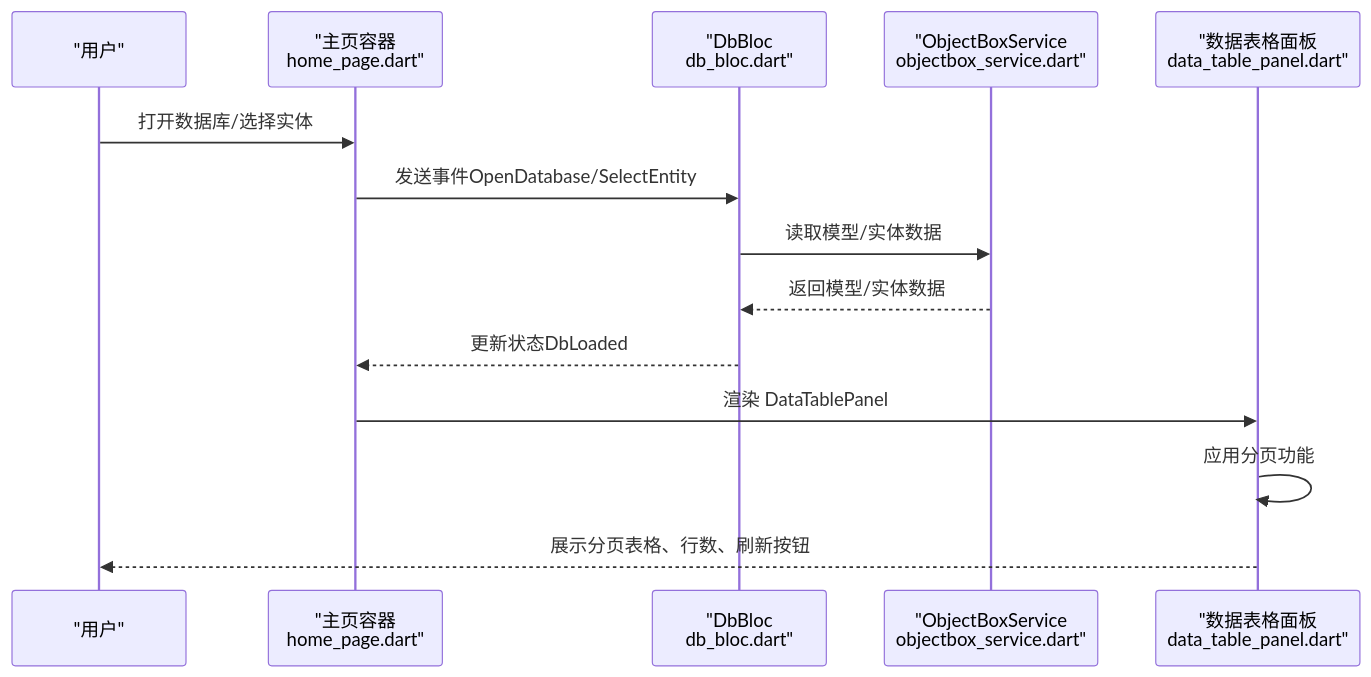
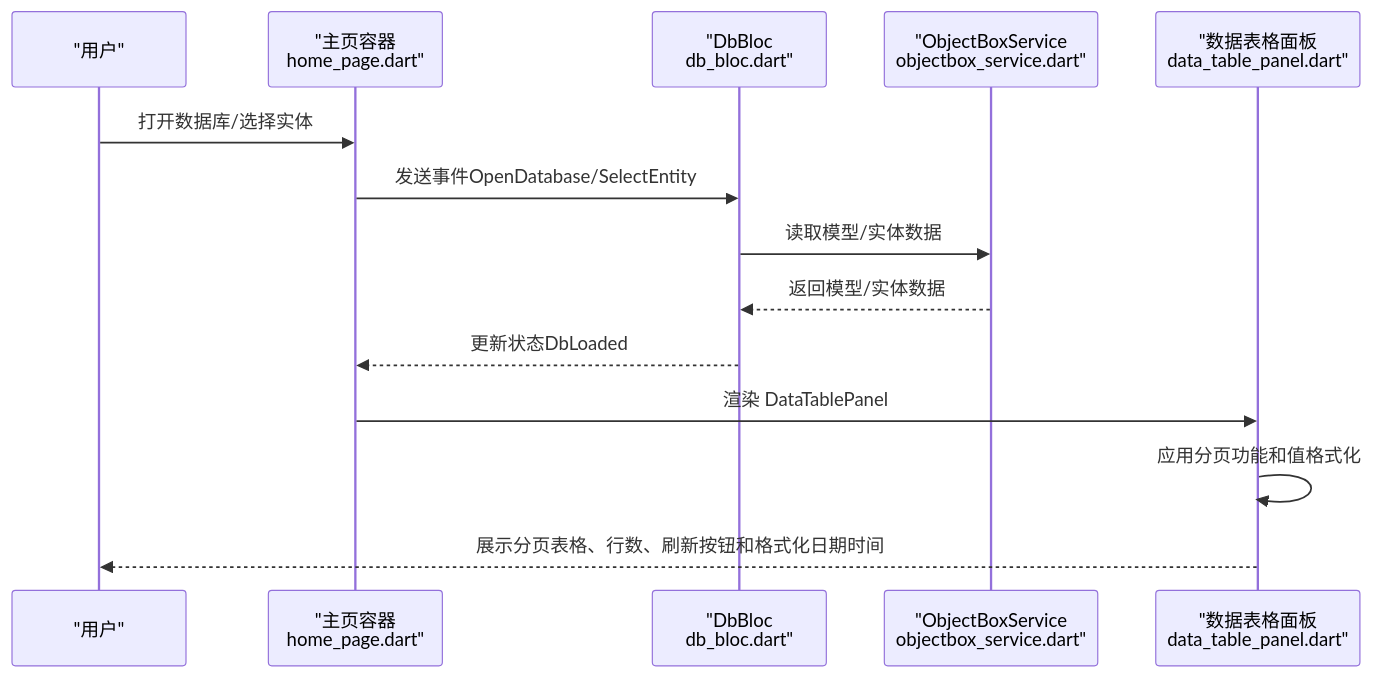
The second of 8 diagrams in .qoder/repowiki/zh/content/UI 组件/数据表格面板.md (kongpf8848/objectbox_viewer), drawn with Mermaid before and after one commit. The commit also changed other lines of this file and 9 other files, not shown here.

````diff
--- a/.qoder/repowiki/zh/content/UI 组件/数据表格面板.md
+++ b/.qoder/repowiki/zh/content/UI 组件/数据表格面板.md
@@ -100,16 +104,16 @@
 ```mermaid
 sequenceDiagram
 participant U as "用户"
 participant HP as "主页容器<br/>home_page.dart"
 participant B as "DbBloc<br/>db_bloc.dart"
 participant S as "ObjectBoxService<br/>objectbox_service.dart"
 participant T as "数据表格面板<br/>data_table_panel.dart"
 U->>HP : 打开数据库/选择实体
 HP->>B : 发送事件OpenDatabase/SelectEntity
 B->>S : 读取模型/实体数据
 S-->>B : 返回模型/实体数据
 B-->>HP : 更新状态DbLoaded
 HP->>T : 渲染 DataTablePanel
-T->>T : 应用分页功能
-T-->>U : 展示分页表格、行数、刷新按钮
+T->>T : 应用分页功能和值格式化
+T-->>U : 展示分页表格、行数、刷新按钮和格式化日期时间
 ```
````
